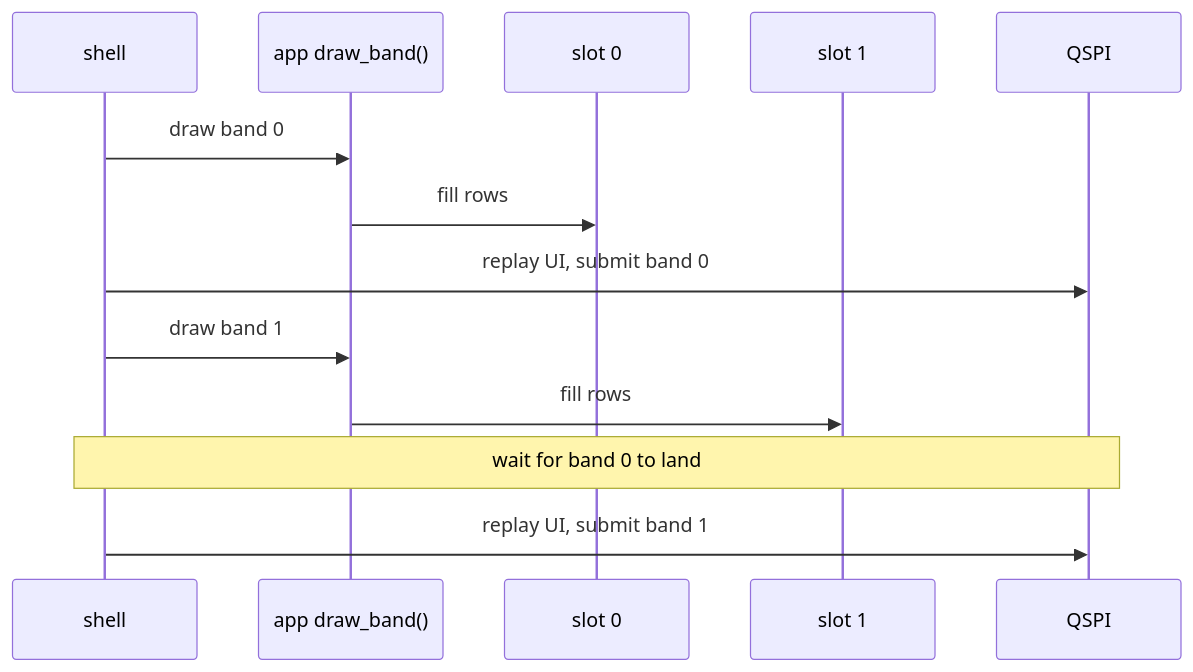
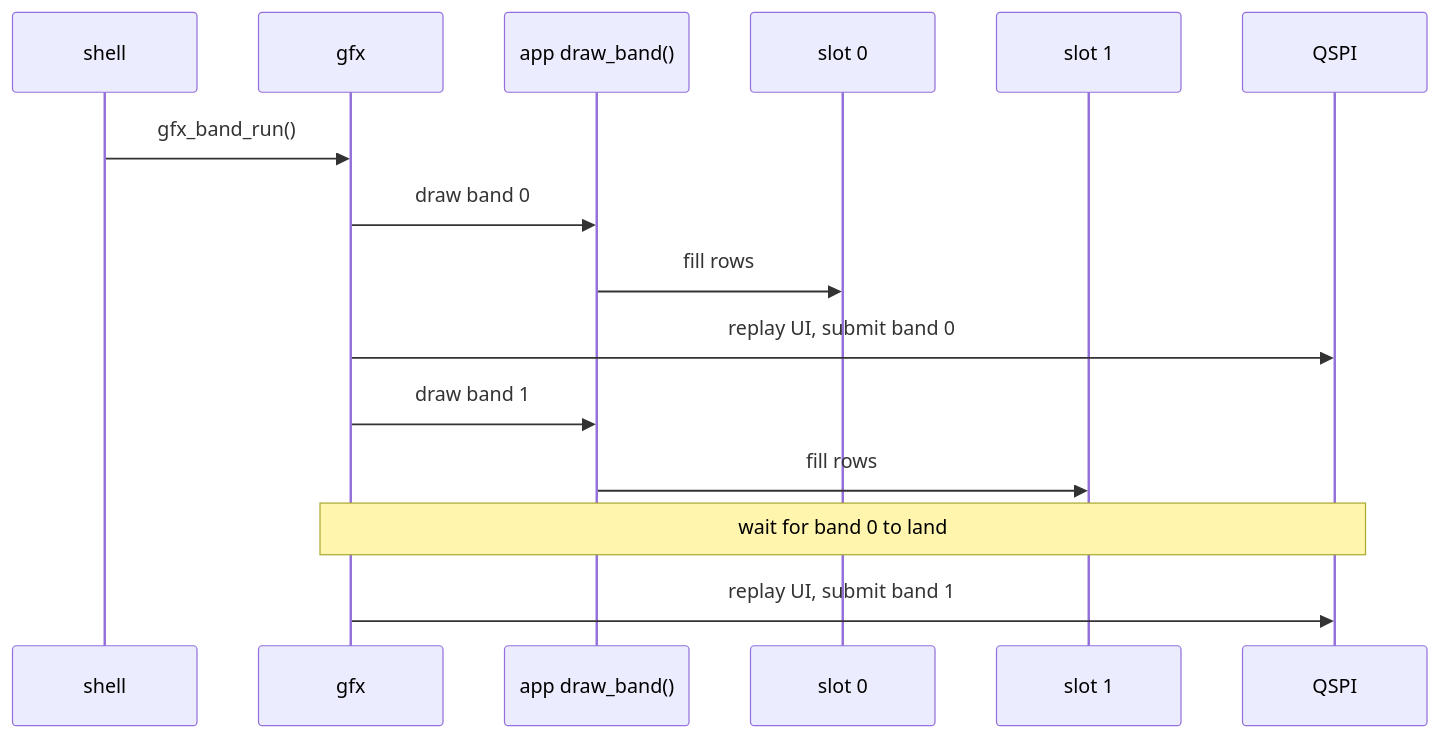
One commit to jose-villegas/autana changed the fourth of 4 diagrams in docs/Gfx-and-Presentation.md. Above: the diagram before and after it, drawn with Mermaid. The commit also changed other lines of this file and 24 other files, not shown here.

````diff
--- a/docs/Gfx-and-Presentation.md
+++ b/docs/Gfx-and-Presentation.md
@@ -174,15 +177,17 @@
 ```mermaid
 sequenceDiagram
     participant S as shell
+    participant G as gfx
     participant A as app draw_band()
     participant S0 as slot 0
     participant S1 as slot 1
     participant Q as QSPI
-    S->>A: draw band 0
+    S->>G: gfx_band_run()
+    G->>A: draw band 0
     A->>S0: fill rows
-    S->>Q: replay UI, submit band 0
-    S->>A: draw band 1
+    G->>Q: replay UI, submit band 0
+    G->>A: draw band 1
     A->>S1: fill rows
-    Note over S,Q: wait for band 0 to land
-    S->>Q: replay UI, submit band 1
+    Note over G,Q: wait for band 0 to land
+    G->>Q: replay UI, submit band 1
 ```
````
